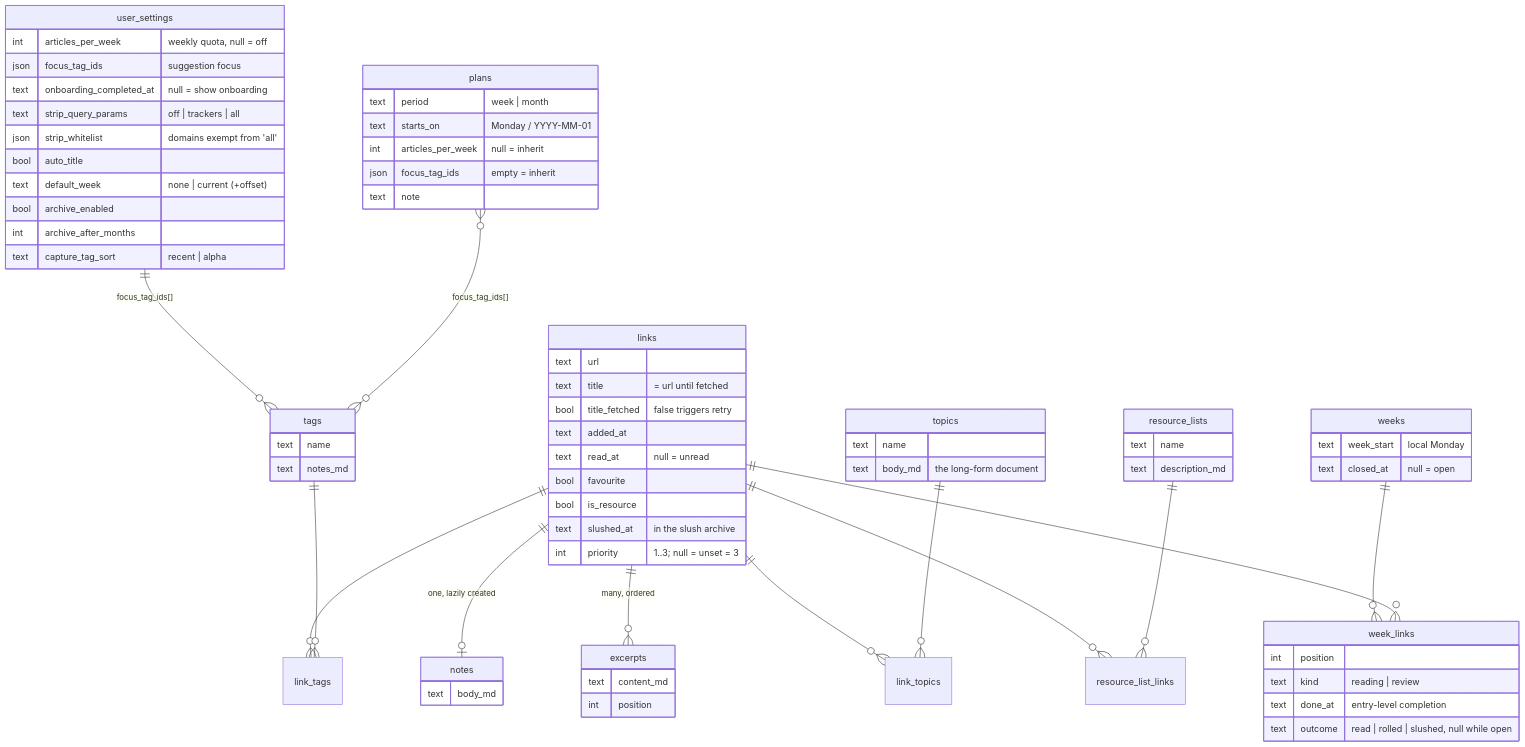
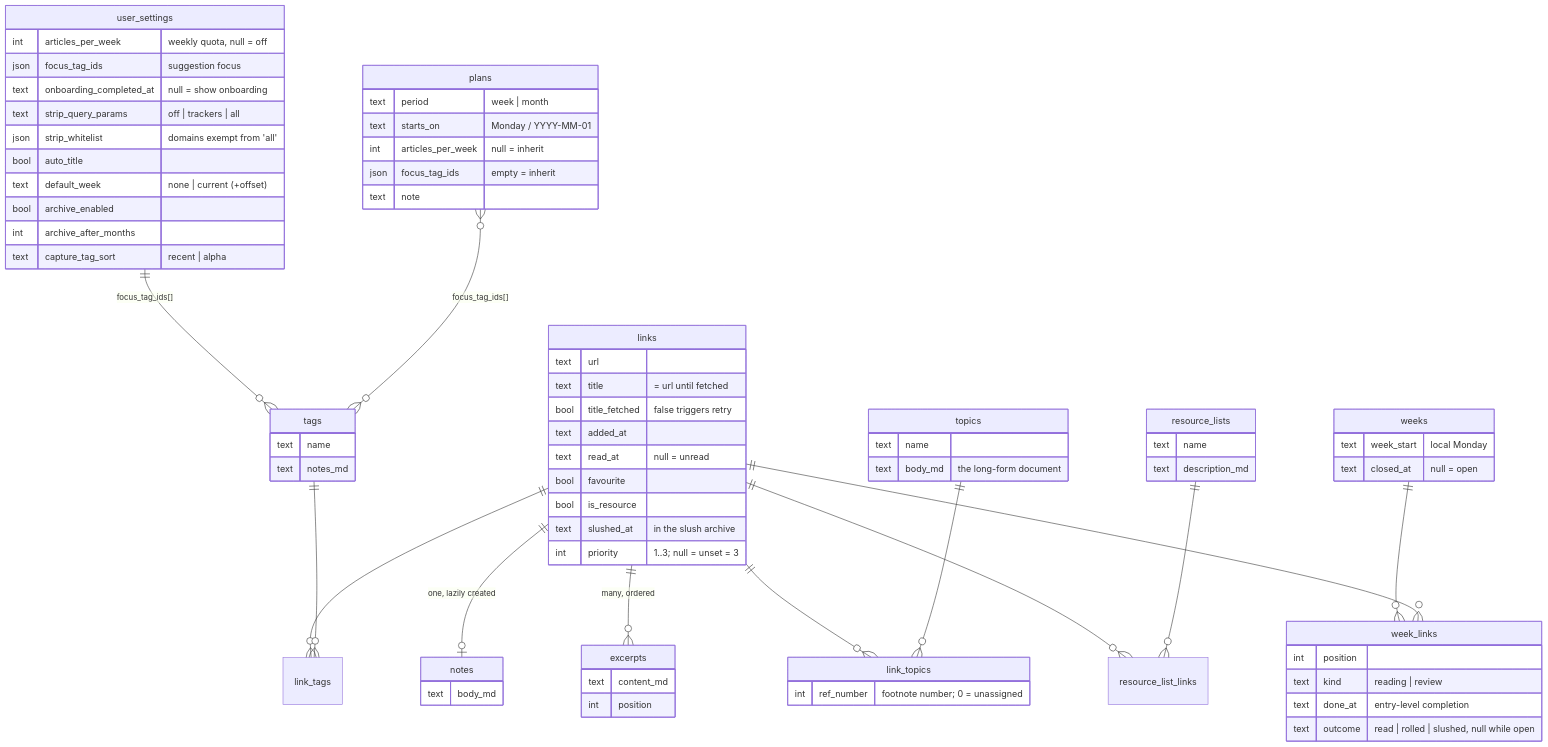
Before and after one commit to Kieran-s-Artisnal-Slop-Factory/readerr: the first of 2 diagrams in docs/dev/data-model.md, drawn with Mermaid. The commit also changed other lines of this file and 25 other files, not shown here.

````diff
--- a/docs/dev/data-model.md
+++ b/docs/dev/data-model.md
@@ -38,63 +38,64 @@
 ```mermaid
 erDiagram
     user_settings ||--o{ tags : "focus_tag_ids[]"
     plans }o--o{ tags : "focus_tag_ids[]"
     links ||--o| notes : "one, lazily created"
     links ||--o{ excerpts : "many, ordered"
     links ||--o{ link_tags : ""
     tags  ||--o{ link_tags : ""
     links ||--o{ link_topics : ""
     topics ||--o{ link_topics : ""
     links ||--o{ resource_list_links : ""
     resource_lists ||--o{ resource_list_links : ""
     weeks ||--o{ week_links : ""
     links ||--o{ week_links : ""
 
     user_settings {
         int articles_per_week "weekly quota, null = off"
         json focus_tag_ids "suggestion focus"
         text onboarding_completed_at "null = show onboarding"
         text strip_query_params "off | trackers | all"
         json strip_whitelist "domains exempt from 'all'"
         bool auto_title
         text default_week "none | current (+offset)"
         bool archive_enabled
         int archive_after_months
         text capture_tag_sort "recent | alpha"
     }
     plans {
         text period "week | month"
         text starts_on "Monday / YYYY-MM-01"
         int articles_per_week "null = inherit"
         json focus_tag_ids "empty = inherit"
         text note
     }
     links {
         text url
         text title "= url until fetched"
         bool title_fetched "false triggers retry"
         text added_at
         text read_at "null = unread"
         bool favourite
         bool is_resource
         text slushed_at "in the slush archive"
         int priority "1..3; null = unset = 3"
     }
     notes { text body_md }
     excerpts { text content_md
                int position }
     tags { text name
            text notes_md }
     topics { text name
              text body_md "the long-form document" }
+    link_topics { int ref_number "footnote number; 0 = unassigned" }
     resource_lists { text name
                      text description_md }
     weeks { text week_start "local Monday"
             text closed_at "null = open" }
     week_links {
         int position
         text kind "reading | review"
         text done_at "entry-level completion"
         text outcome "read | rolled | slushed, null while open"
     }
 ```
````
